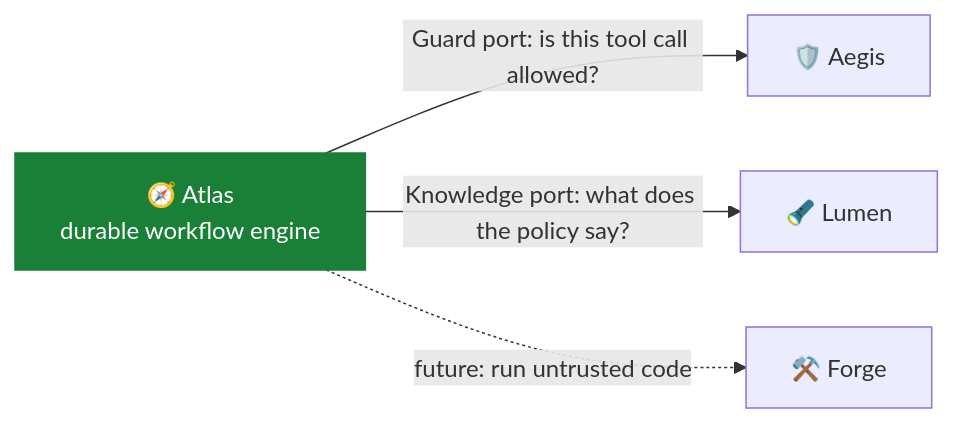
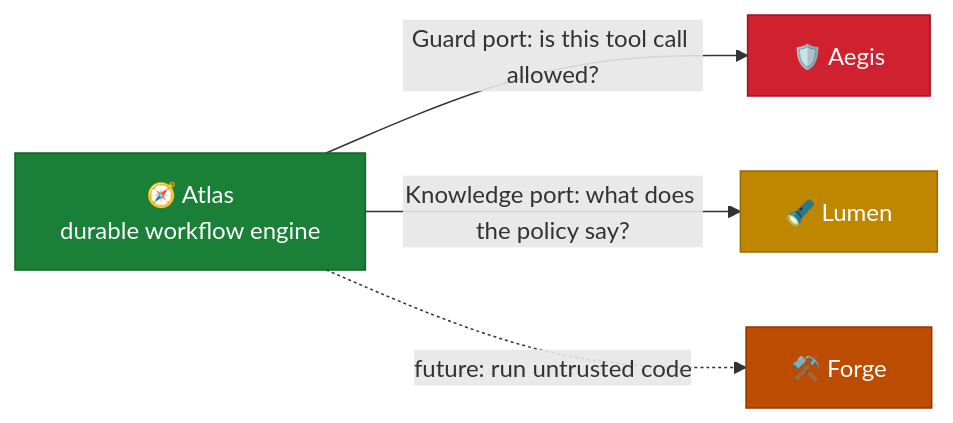
The second of 2 diagrams in atlas/README.md (kumarlakshya24/enterprise-ai-platform), drawn with Mermaid before and after one commit. The commit also changed 9 other files, not shown here.

First line of the commit message:
docs: one colour per project across every architecture diagram (#11)

````diff
--- a/atlas/README.md
+++ b/atlas/README.md
@@ -240,8 +240,17 @@
 ```mermaid
 flowchart LR
   ATL[🧭 Atlas<br/>durable workflow engine]
   ATL -- "Guard port: is this tool call allowed?" --> AEG[🛡️ Aegis]
   ATL -- "Knowledge port: what does the policy say?" --> LUM[🔦 Lumen]
   ATL -. "future: run untrusted code" .-> FRG[⚒️ Forge]
-  style ATL fill:#1a7f37,color:#fff,stroke:#1a7f37
+  classDef aegis fill:#cf222e,stroke:#a40e26,color:#fff
+  classDef switchboard fill:#0969da,stroke:#0550ae,color:#fff
+  classDef lumen fill:#bf8700,stroke:#9a6700,color:#fff
+  classDef atlas fill:#1a7f37,stroke:#116329,color:#fff
+  classDef forge fill:#bc4c00,stroke:#953800,color:#fff
+  classDef lens fill:#8250df,stroke:#6639ba,color:#fff
+  class ATL atlas
+  class AEG aegis
+  class LUM lumen
+  class FRG forge
 ```
````
